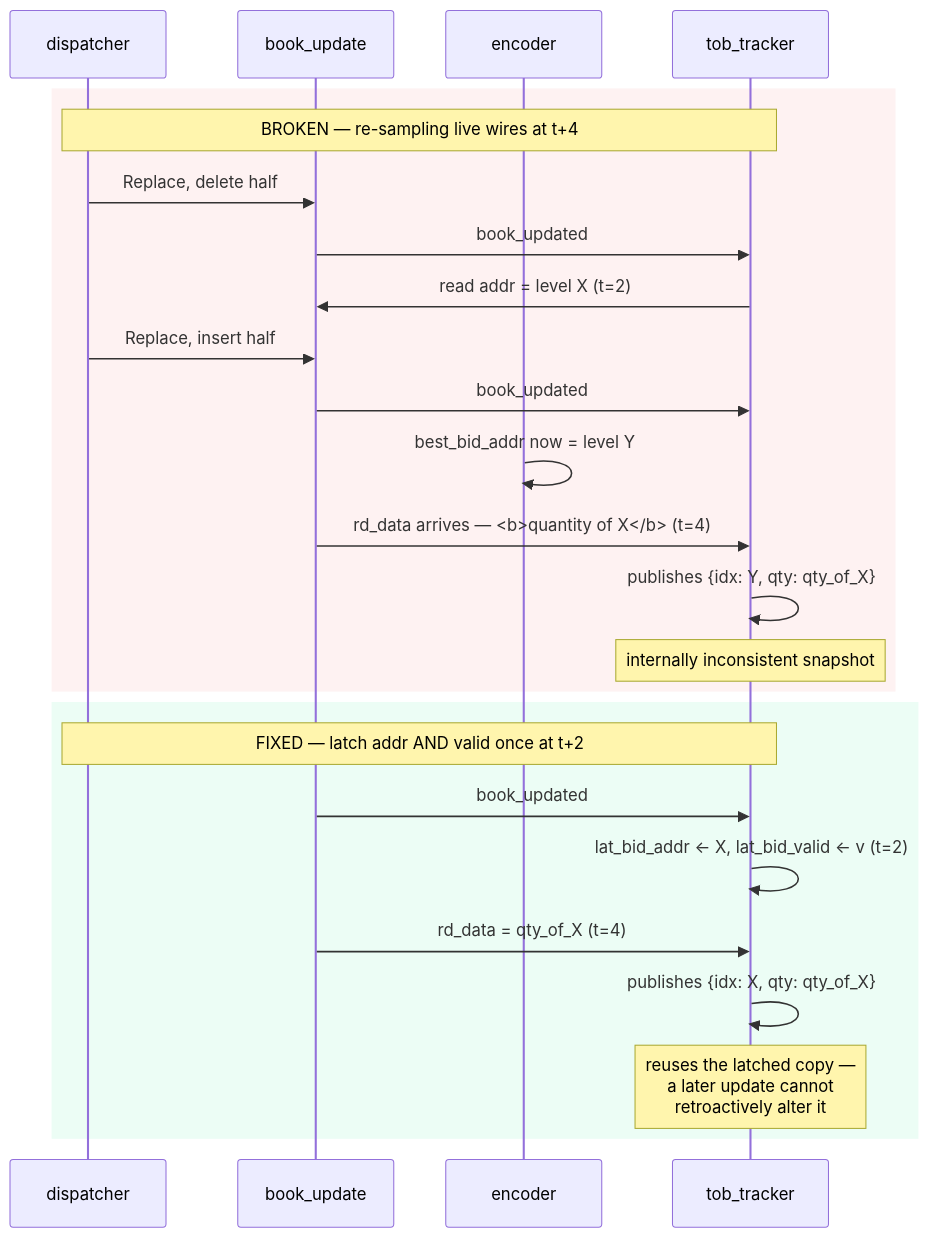
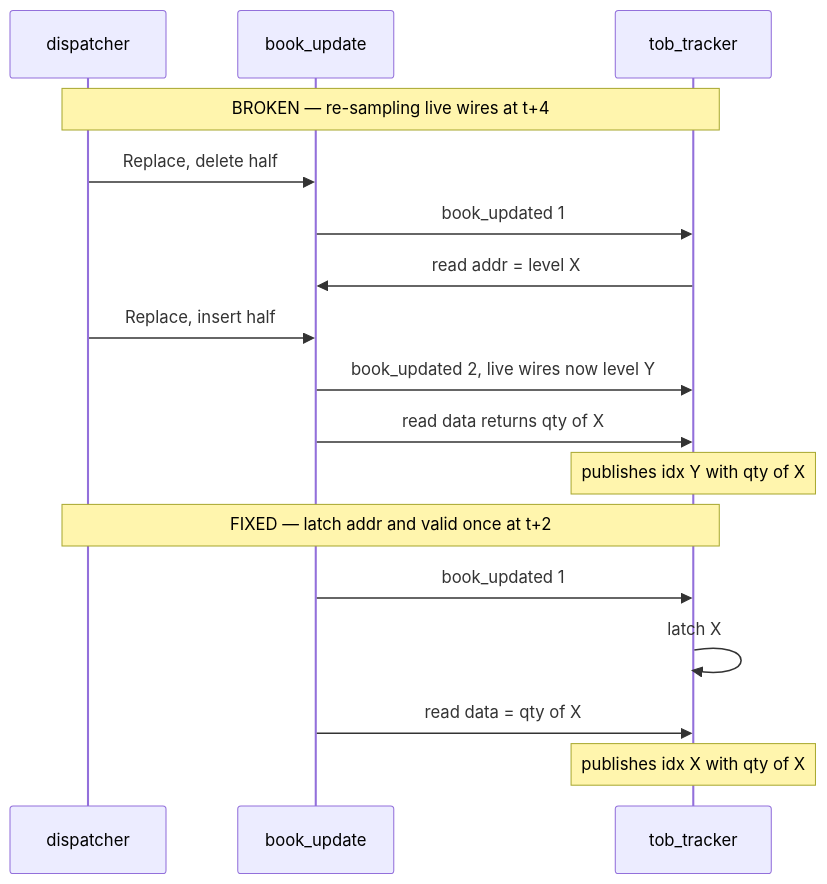
One commit to Rushmello369/fpga-feed-handler changed the third of 5 diagrams in docs/diagrams/tob_tracker.md. Above: the diagram before and after it, drawn with Mermaid. The commit also changed other lines of this file and 12 other files, not shown here.

Commit message:
add diagrams for system and module architectures

````diff
--- a/docs/diagrams/tob_tracker.md
+++ b/docs/diagrams/tob_tracker.md
@@ -74,29 +63,21 @@
 ```mermaid
 sequenceDiagram
     participant D as dispatcher
     participant B as book_update
-    participant E as encoder
     participant T as tob_tracker
 
-    rect rgb(254, 242, 242)
     Note over D,T: BROKEN — re-sampling live wires at t+4
     D->>B: Replace, delete half
-    B->>T: book_updated #1 (t=0)
-    T->>B: read addr = level X (t=2)
+    B->>T: book_updated 1
+    T->>B: read addr = level X
     D->>B: Replace, insert half
-    B->>T: book_updated #2 (t≈5)
-    E->>E: best_bid_addr now = level Y
-    B->>T: rd_data arrives — <b>quantity of X</b> (t=4)
-    T->>T: publishes {idx: Y, qty: qty_of_X}
-    Note over T: internally inconsistent snapshot
-    end
+    B->>T: book_updated 2, live wires now level Y
+    B->>T: read data returns qty of X
+    Note over T: publishes idx Y with qty of X
 
-    rect rgb(236, 253, 245)
-    Note over D,T: FIXED — latch addr AND valid once at t+2
-    B->>T: book_updated #1
-    T->>T: lat_bid_addr ← X, lat_bid_valid ← v (t=2)
-    B->>T: rd_data = qty_of_X (t=4)
-    T->>T: publishes {idx: X, qty: qty_of_X}
-    Note over T: reuses the latched copy —<br/>a later update cannot<br/>retroactively alter it
-    end
+    Note over D,T: FIXED — latch addr and valid once at t+2
+    B->>T: book_updated 1
+    T->>T: latch X
+    B->>T: read data = qty of X
+    Note over T: publishes idx X with qty of X
 ```
````
